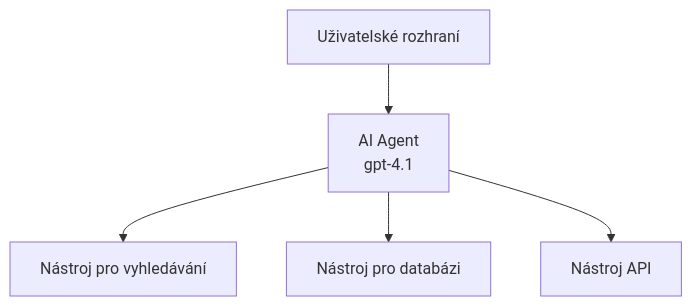
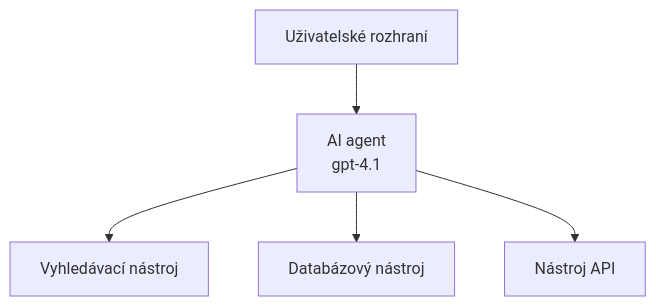
Before and after one commit to microsoft/AZD-for-beginners: the first of 3 diagrams in translations/cs/docs/chapter-02-ai-development/agents.md, drawn with Mermaid. The commit also changed other lines of this file and 104 other files, not shown here.

````diff
--- a/translations/cs/docs/chapter-02-ai-development/agents.md
+++ b/translations/cs/docs/chapter-02-ai-development/agents.md
@@ -157,7 +162,7 @@
 ```mermaid
 graph TD
-    UI[Uživatelské rozhraní] --> Agent[AI Agent<br/>gpt-4.1]
-    Agent --> Search[Nástroj pro vyhledávání]
-    Agent --> Database[Nástroj pro databázi]
+    UI[Uživatelské rozhraní] --> Agent[AI agent<br/>gpt-4.1]
+    Agent --> Search[Vyhledávací nástroj]
+    Agent --> Database[Databázový nástroj]
     Agent --> API[Nástroj API]
-```  
+```
````
